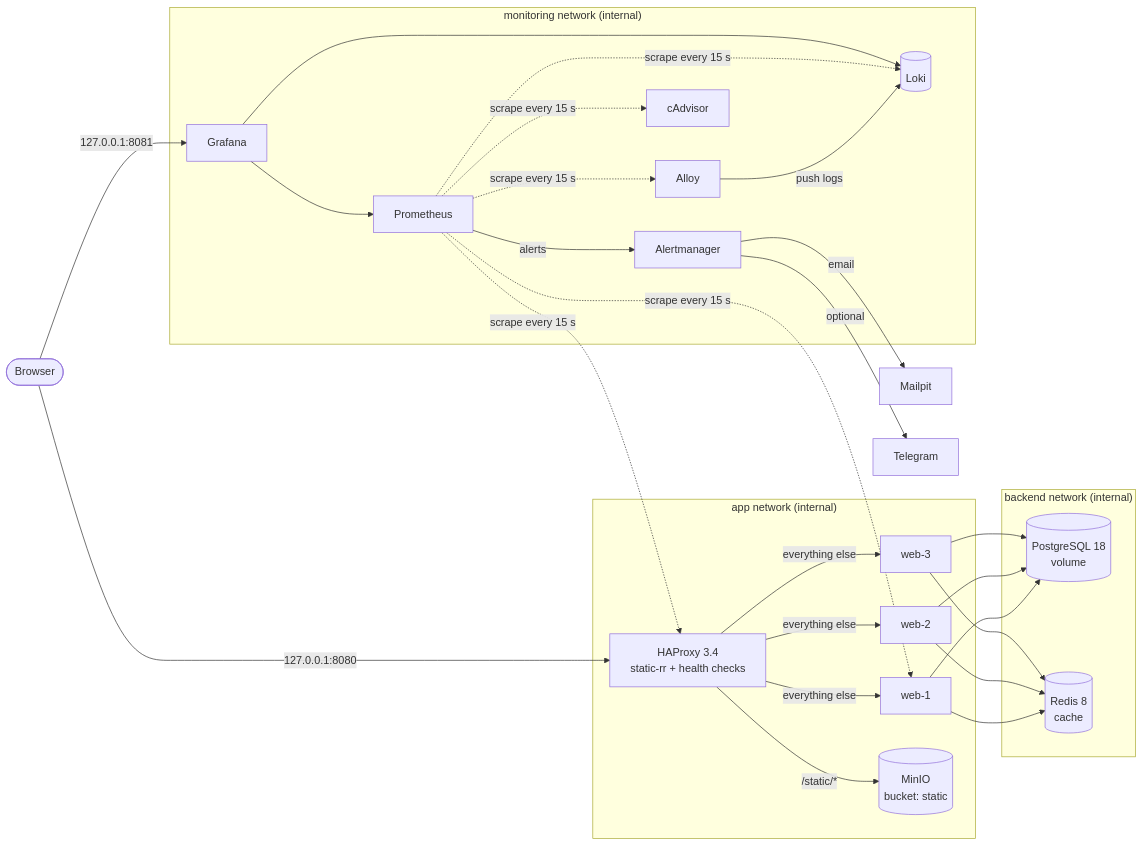
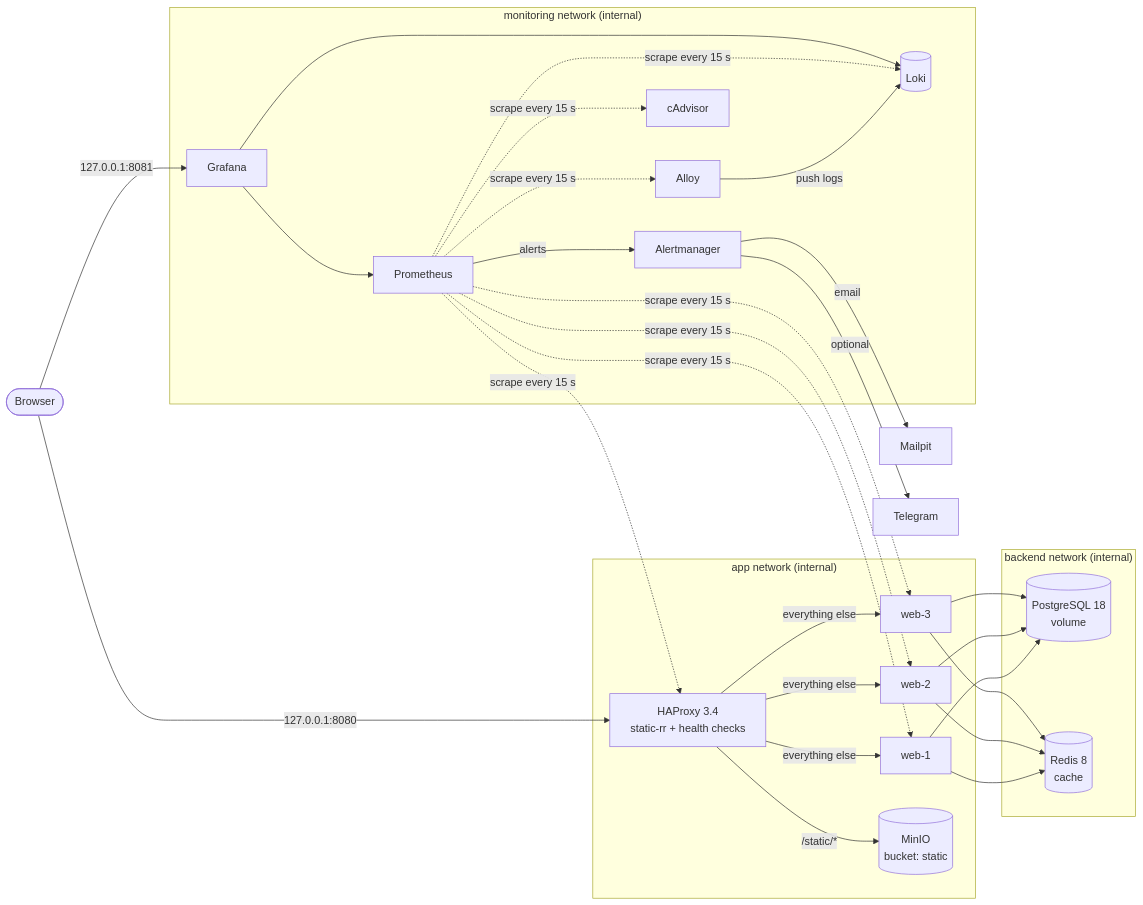
One commit to Doritozzzz/terraform-bugtracker changed the diagram in README.md. Above: the diagram before and after it, drawn with Mermaid. The commit also changed other lines of this file and 2 other files, not shown here.

````diff
--- a/README.md
+++ b/README.md
@@ -28,33 +28,33 @@
 ```mermaid
 graph LR
     User([Browser]) -->|"127.0.0.1:8080"| LB
 
     subgraph app ["app network (internal)"]
         LB["HAProxy 3.4<br/>static-rr + health checks"]
         W1["web-1"]
         W2["web-2"]
         W3["web-3"]
         S3[("MinIO<br/>bucket: static")]
     end
     subgraph backend ["backend network (internal)"]
         DB[("PostgreSQL 18<br/>volume")]
         R[("Redis 8<br/>cache")]
     end
 
     LB -->|"/static/*"| S3
     LB -->|"everything else"| W1 & W2 & W3
     W1 & W2 & W3 --> DB
     W1 & W2 & W3 --> R
 
     subgraph monitoring ["monitoring network (internal)"]
         A["Alloy"] -->|push logs| L[("Loki")]
         P["Prometheus"] -->|alerts| AM["Alertmanager"]
         C["cAdvisor"]
         G["Grafana"]
     end
-    P -.->|scrape every 15 s| LB & W1 & C & L & A
+    P -.->|scrape every 15 s| LB & W1 & W2 & W3 & C & L & A
     G --> P & L
     AM -->|email| M["Mailpit"]
     AM -->|optional| T["Telegram"]
     User -->|"127.0.0.1:8081"| G
 ```
````
